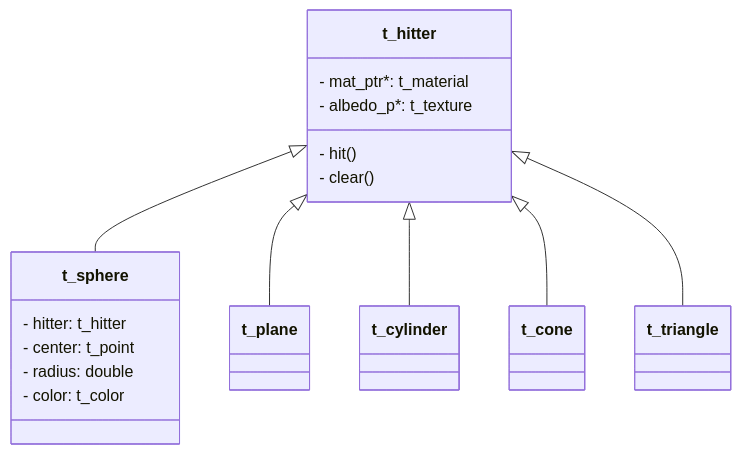
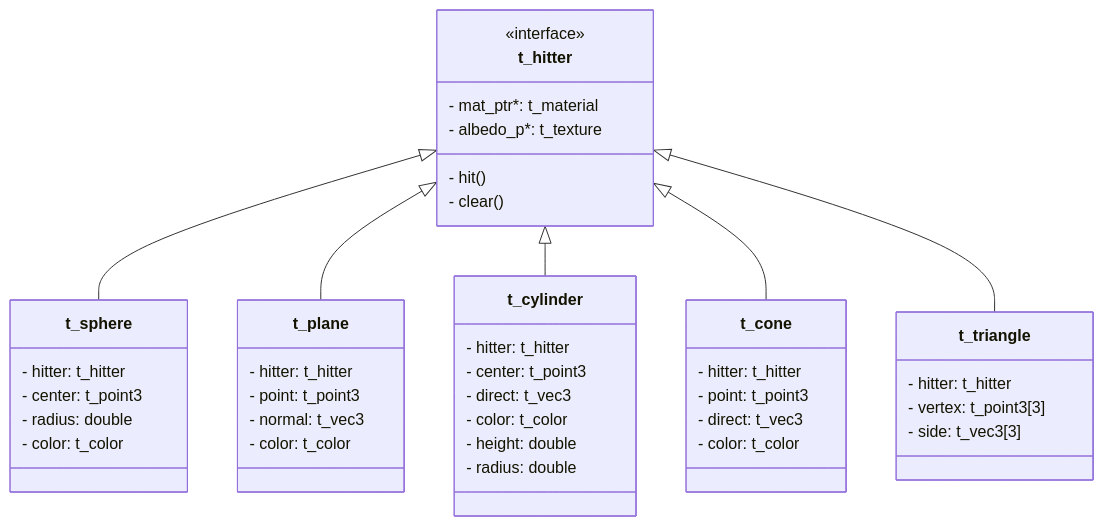
The first of 4 diagrams in docs/class_diagram.md (dattekoda/miniRT), drawn with Mermaid before and after one commit. The commit also changed 11 other files, not shown here.

````diff
--- a/docs/class_diagram.md
+++ b/docs/class_diagram.md
@@ -1,21 +1,47 @@
 ```mermaid
 classDiagram
 	class t_hitter {
-		- mat_ptr*:	t_material
+		<<interface>>
+		- mat_ptr*:		t_material
+		- albedo_p*:	t_texture
 		- hit()
 		- clear()
-		- albedo_p*:	t_texture
 	}
 	class t_sphere {
 		- hitter:	t_hitter
-		- center:	t_point
+		- center:	t_point3
 		- radius:	double
 		- color:	t_color
+	}
+	class t_plane {
+		- hitter:	t_hitter
+		- point:	t_point3
+		- normal:	t_vec3
+		- color:	t_color
+	}
+	class t_cylinder {
+		- hitter:	t_hitter
+		- center:	t_point3
+		- direct:	t_vec3
+		- color:	t_color
+		- height:	double
+		- radius:	double
+	}
+	class t_cone {
+		- hitter:	t_hitter
+		- point:	t_point3
+		- direct:	t_vec3
+		- color:	t_color
+	}
+	class t_triangle {
+		- hitter:	t_hitter
+		- vertex:	t_point3[3]
+		- side:		t_vec3[3]
 	}
 
 	t_hitter <|-- t_sphere
 	t_hitter <|-- t_plane
 	t_hitter <|-- t_cylinder
 	t_hitter <|-- t_cone
 	t_hitter <|-- t_triangle
 ```
````
